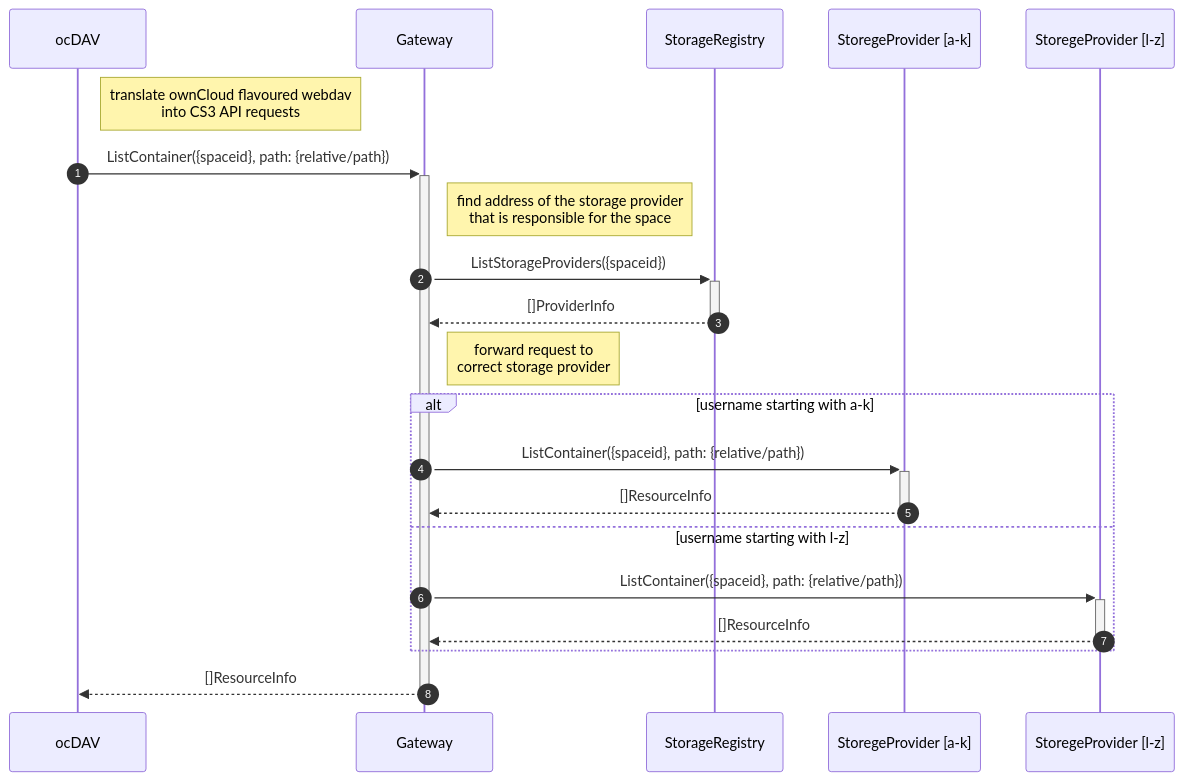
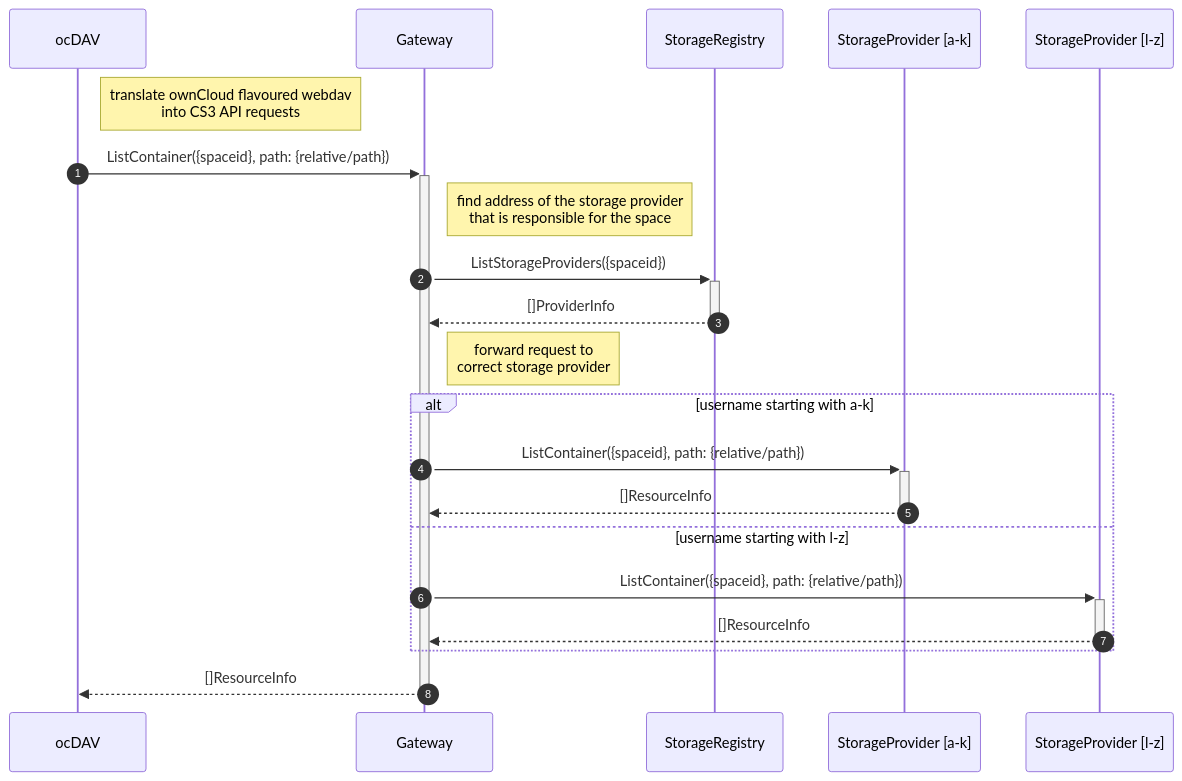
The fourth of 6 diagrams in docs/architecture/protocol-changes.md (owncloud/ocis), drawn with Mermaid before and after one commit. The commit also changed other lines of this file and 7 other files, not shown here.

```diff
--- a/docs/architecture/protocol-changes.md
+++ b/docs/architecture/protocol-changes.md
@@ -100,26 +100,26 @@
 {{<mermaid class="text-center">}}
 %%{init: {"sequence": { "showSequenceNumbers":true, "messageFontFamily":"courier", "messageFontWeight":"normal", "messageFontSize":"11"}}}%%
 %% font weight is a css bug: https://github.com/mermaid-js/mermaid/issues/1976
 %% edit this diagram by pasting it into eg. https://mermaid.live
 sequenceDiagram
     participant ocDAV
     participant Gateway
     participant StorageRegistry
-    participant StorageProvider1 as StoregeProvider [a-k]
-    participant StorageProvider2 as StoregeProvider [l-z]
+    participant StorageProvider1 as StorageProvider [a-k]
+    participant StorageProvider2 as StorageProvider [l-z]
 
     Note right of ocDAV: translate ownCloud flavoured webdav<br>into CS3 API requests
         ocDAV->>+Gateway: ListContainer({spaceid}, path: {relative/path})
     Note right of Gateway: find address of the storage provider<br>that is responsible for the space
         Gateway->>+StorageRegistry: ListStorageProviders({spaceid})
         StorageRegistry-->>-Gateway: []ProviderInfo
     Note right of Gateway: forward request to<br>correct storage provider
     alt username starting with a-k
         Gateway->>+StorageProvider1: ListContainer({spaceid}, path: {relative/path})
         StorageProvider1-->>-Gateway: []ResourceInfo
     else username starting with l-z
         Gateway->>+StorageProvider2: ListContainer({spaceid}, path: {relative/path})
         StorageProvider2-->>-Gateway: []ResourceInfo
-    end 
+    end
         Gateway-->>-ocDAV: []ResourceInfo
 {{</mermaid>}}
```
